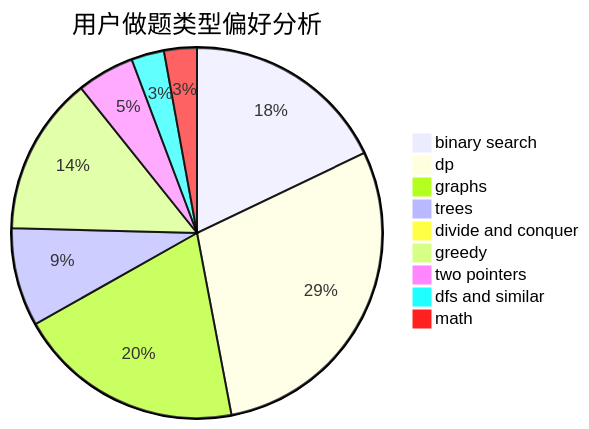
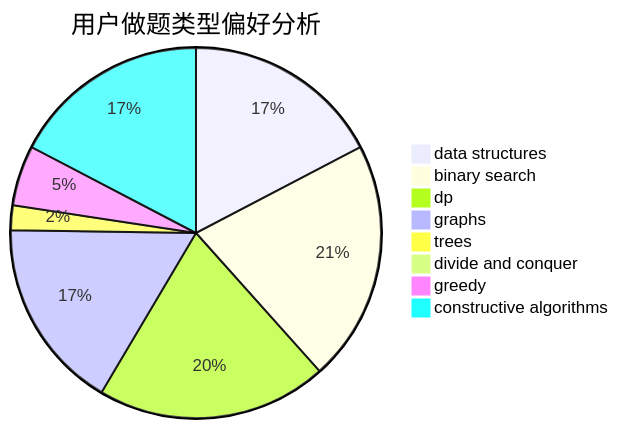
One commit to sherpahu/cfrs.github.io changed the second of 3 diagrams in docs/user/u39.md. Above: the diagram before and after it, drawn with Mermaid. The commit also changed other lines of this file and 2775 other files, not shown here.

````diff
--- a/docs/user/u39.md
+++ b/docs/user/u39.md
@@ -23,12 +23,11 @@
 ```mermaid
 pie title 用户做题类型偏好分析
-    "binary search" :  75
-    "dp" :  122
-    "graphs" :  83
-    "trees" :  36
+    "data structures" :  56
+    "binary search" :  68
+    "dp" :  65
+    "graphs" :  54
+    "trees" :  7
     "divide and conquer" :  0
-    "greedy" :  58
-    "two pointers" :  21
-    "dfs and similar" :  12
-    "math" :  12
+    "greedy" :  17
+    "constructive algorithms" :  56
 ```
````
